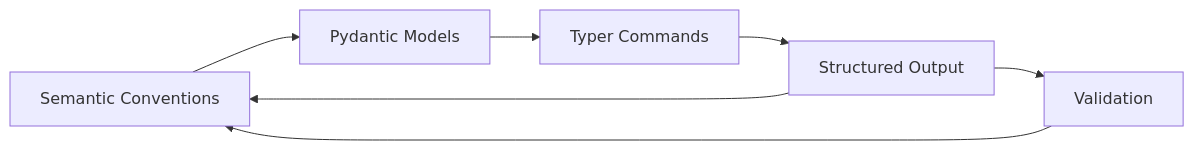
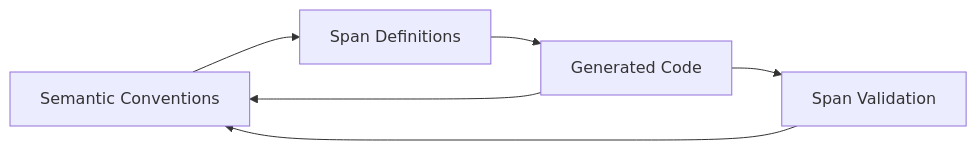
Before and after one commit to seanchatmangpt/weavergen: the diagram in prototype/README.md, drawn with Mermaid. The commit also changed other lines of this file and 62 other files, not shown here.

````diff
--- a/prototype/README.md
+++ b/prototype/README.md
@@ -160,9 +170,8 @@
 ```mermaid
 flowchart LR
-    SC[Semantic Conventions] --> PM[Pydantic Models]
-    PM --> TC[Typer Commands]
-    TC --> SO[Structured Output]
-    SO --> SC
-    SO --> V[Validation]
+    SC[Semantic Conventions] --> SP[Span Definitions]
+    SP --> G[Generated Code]
+    G --> SC
+    G --> V[Span Validation]
     V --> SC
 ```
````
